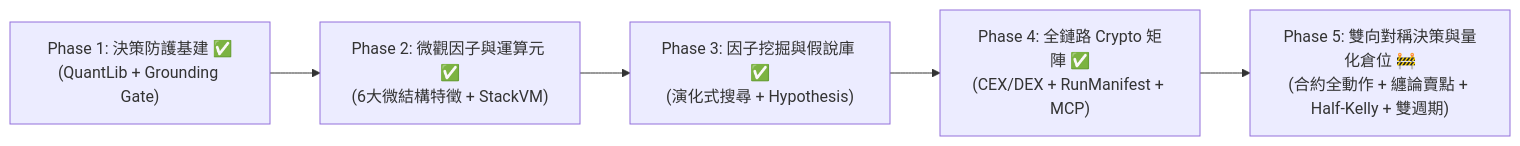
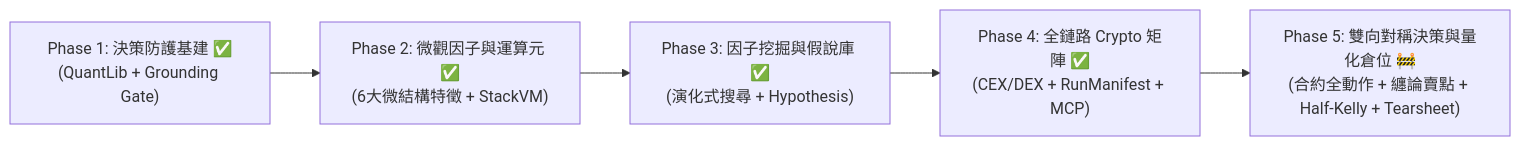
The diagram in docs/research/evolution-roadmap.md (dimx9173/vibe-trading-encyc), drawn with Mermaid before and after one commit. The commit also changed other lines of this file and 1 other file, not shown here.

Commit message:
docs: integrate Reasoning Effort and Tearsheet components into improvement plan v1.6 and evolution roadmap

````diff
--- a/docs/research/evolution-roadmap.md
+++ b/docs/research/evolution-roadmap.md
@@ -18,7 +18,7 @@
 ```mermaid
 graph LR
     P1["Phase 1: 決策防護基建 ✅<br>(QuantLib + Grounding Gate)"] --> P2["Phase 2: 微觀因子與運算元 ✅<br>(6大微結構特徵 + StackVM)"]
     P2 --> P3["Phase 3: 因子挖掘與假說庫 ✅<br>(演化式搜尋 + Hypothesis)"]
     P3 --> P4["Phase 4: 全鏈路 Crypto 矩陣 ✅<br>(CEX/DEX + RunManifest + MCP)"]
-    P4 --> P5["Phase 5: 雙向對稱決策與量化倉位 🚧<br>(合約全動作 + 纏論賣點 + Half-Kelly + 雙週期)"]
+    P4 --> P5["Phase 5: 雙向對稱決策與量化倉位 🚧<br>(合約全動作 + 纏論賣點 + Half-Kelly + Tearsheet)"]
 ```
````
